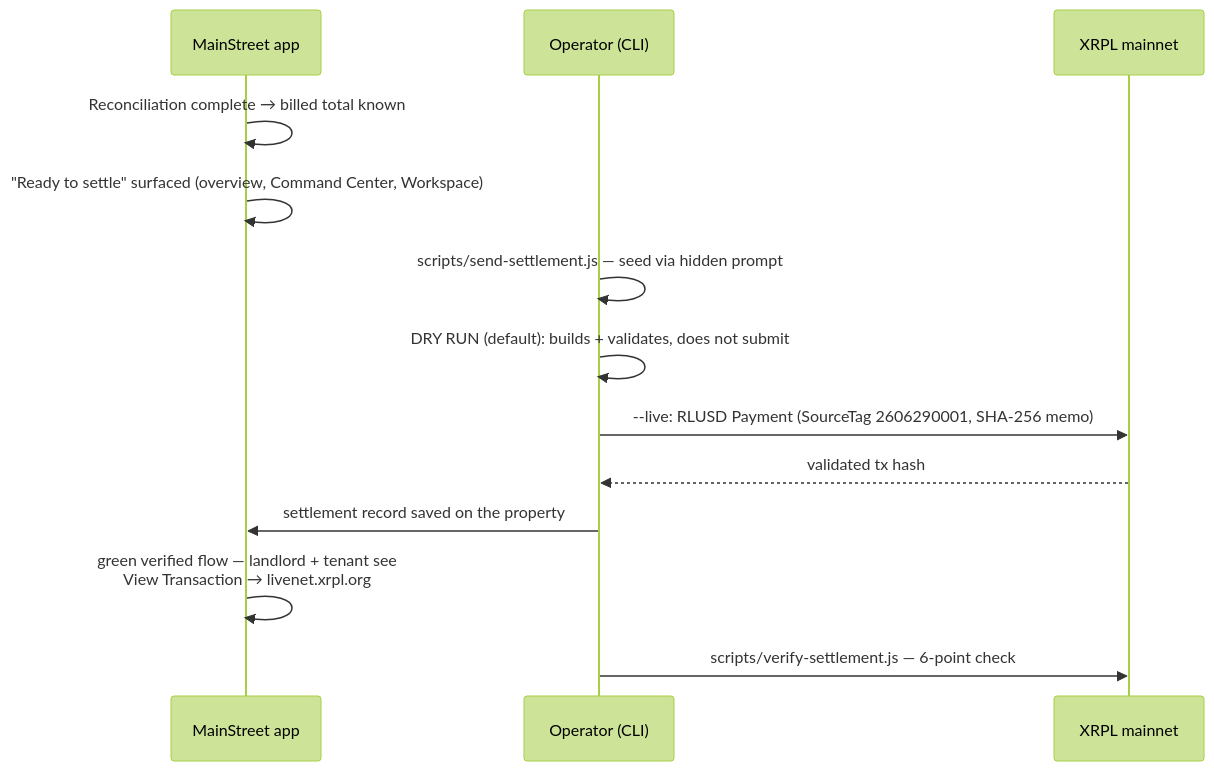
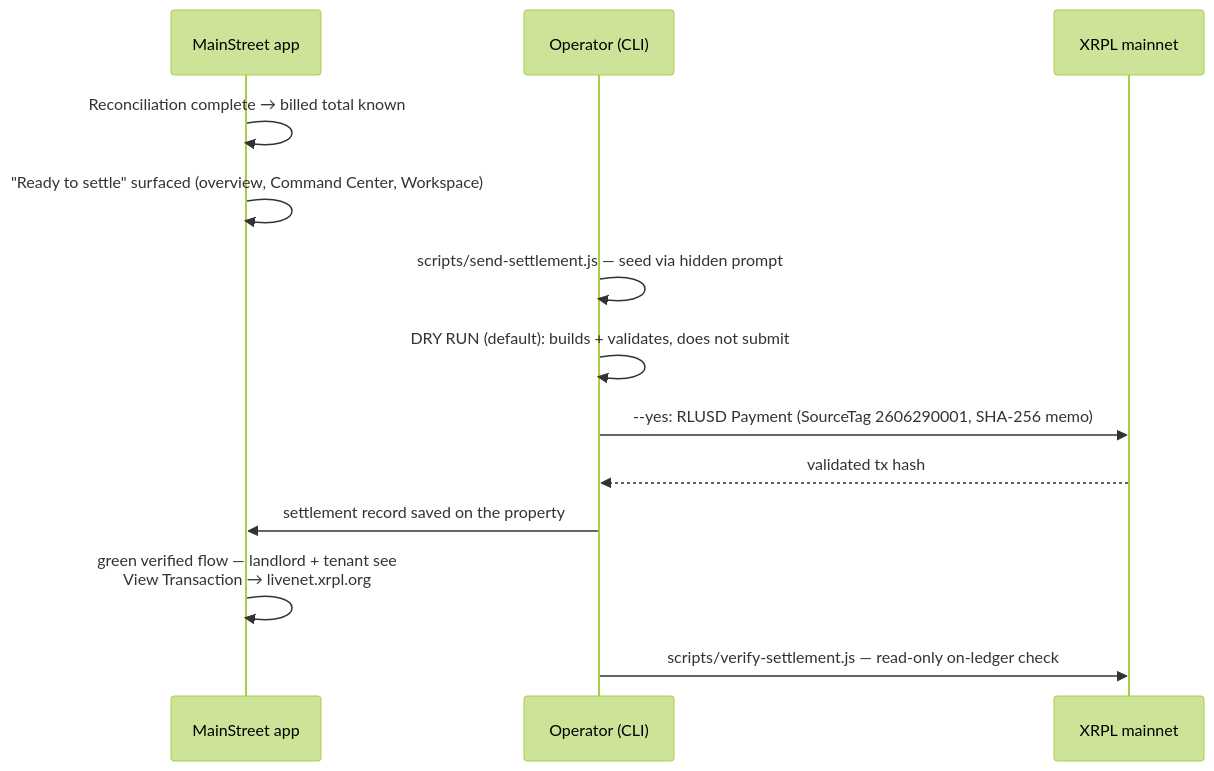
The second of 3 diagrams in docs/XRPL_ARCHITECTURE.md (Cypher928/mainstreet-xrpl), drawn with Mermaid (forest theme) before and after one commit. The commit also changed other lines of this file, not shown here.

````diff
--- a/docs/XRPL_ARCHITECTURE.md
+++ b/docs/XRPL_ARCHITECTURE.md
@@ -51,15 +51,15 @@
 ```mermaid
 sequenceDiagram
     participant App as MainStreet app
     participant Op as Operator (CLI)
     participant XRPL as XRPL mainnet
     App->>App: Reconciliation complete → billed total known
     App->>App: "Ready to settle" surfaced (overview, Command Center, Workspace)
     Op->>Op: scripts/send-settlement.js — seed via hidden prompt
     Op->>Op: DRY RUN (default): builds + validates, does not submit
-    Op->>XRPL: --live: RLUSD Payment (SourceTag 2606290001, SHA-256 memo)
+    Op->>XRPL: --yes: RLUSD Payment (SourceTag 2606290001, SHA-256 memo)
     XRPL-->>Op: validated tx hash
     Op->>App: settlement record saved on the property
     App->>App: green verified flow — landlord + tenant see<br/>View Transaction → livenet.xrpl.org
-    Op->>XRPL: scripts/verify-settlement.js — 6-point check
+    Op->>XRPL: scripts/verify-settlement.js — read-only on-ledger check
 ```
````
